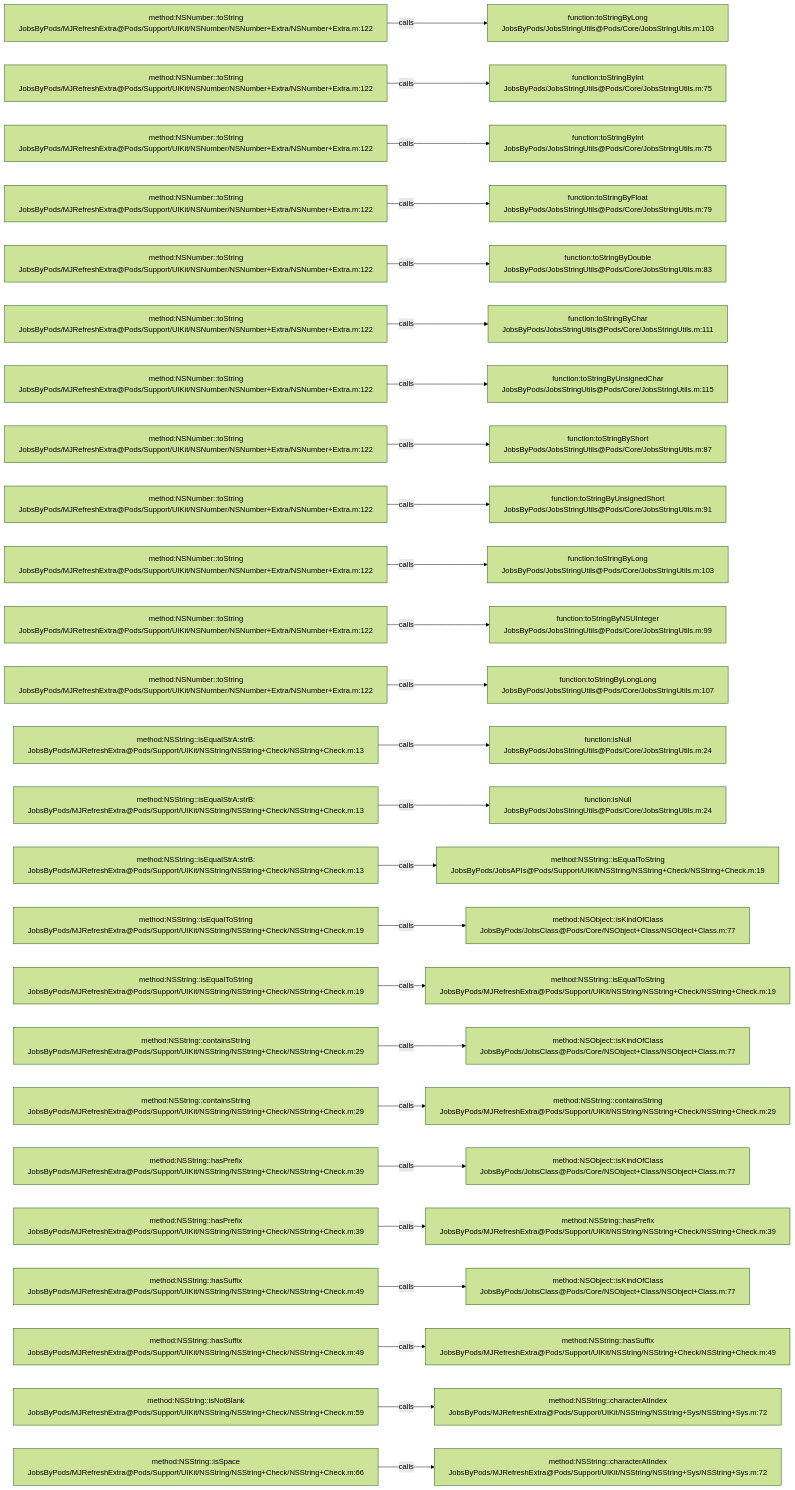
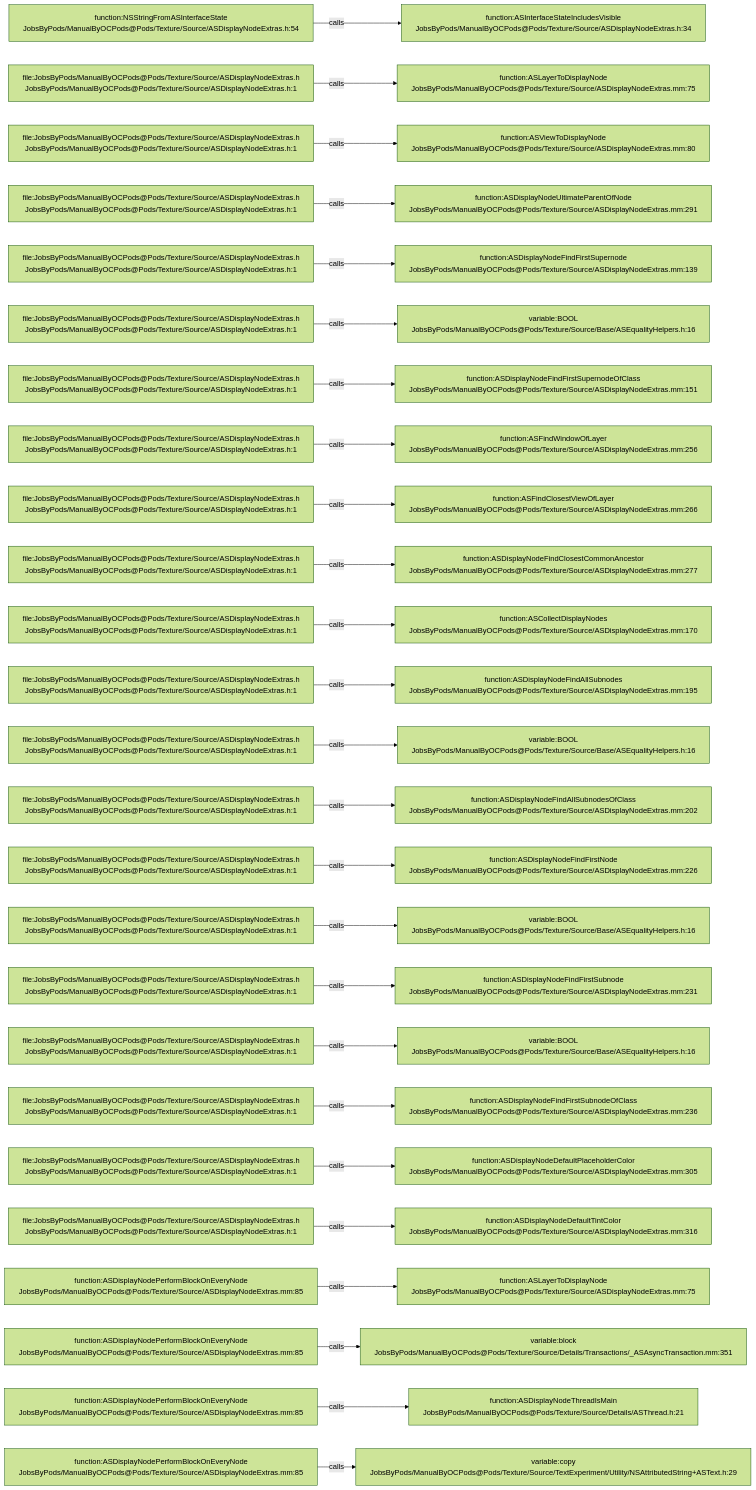
The diagram in .codegraph/codegraph.md/graphs/calls-113.md (JobsKits/JobsOCBaseConfigDemo), drawn with Mermaid (forest theme) before and after one commit. The commit also changed 2162 other files, not shown here.

````diff
--- a/.codegraph/codegraph.md/graphs/calls-113.md
+++ b/.codegraph/codegraph.md/graphs/calls-113.md
@@ -13,78 +13,78 @@
 ```mermaid
 flowchart LR
-  S1["method:NSNumber::toString<br/>JobsByPods/MJRefreshExtra@Pods/Support/UIKit/NSNumber/NSNumber+Extra/NSNumber+Extra.m:122"]
-  T1["function:toStringByLong<br/>JobsByPods/JobsStringUtils@Pods/Core/JobsStringUtils.m:103"]
+  S1["function:NSStringFromASInterfaceState<br/>JobsByPods/ManualByOCPods@Pods/Texture/Source/ASDisplayNodeExtras.h:54"]
+  T1["function:ASInterfaceStateIncludesVisible<br/>JobsByPods/ManualByOCPods@Pods/Texture/Source/ASDisplayNodeExtras.h:34"]
   S1 -->|calls| T1
-  S2["method:NSNumber::toString<br/>JobsByPods/MJRefreshExtra@Pods/Support/UIKit/NSNumber/NSNumber+Extra/NSNumber+Extra.m:122"]
-  T2["function:toStringByInt<br/>JobsByPods/JobsStringUtils@Pods/Core/JobsStringUtils.m:75"]
+  S2["file:JobsByPods/ManualByOCPods@Pods/Texture/Source/ASDisplayNodeExtras.h<br/>JobsByPods/ManualByOCPods@Pods/Texture/Source/ASDisplayNodeExtras.h:1"]
+  T2["function:ASLayerToDisplayNode<br/>JobsByPods/ManualByOCPods@Pods/Texture/Source/ASDisplayNodeExtras.mm:75"]
   S2 -->|calls| T2
-  S3["method:NSNumber::toString<br/>JobsByPods/MJRefreshExtra@Pods/Support/UIKit/NSNumber/NSNumber+Extra/NSNumber+Extra.m:122"]
-  T3["function:toStringByInt<br/>JobsByPods/JobsStringUtils@Pods/Core/JobsStringUtils.m:75"]
+  S3["file:JobsByPods/ManualByOCPods@Pods/Texture/Source/ASDisplayNodeExtras.h<br/>JobsByPods/ManualByOCPods@Pods/Texture/Source/ASDisplayNodeExtras.h:1"]
+  T3["function:ASViewToDisplayNode<br/>JobsByPods/ManualByOCPods@Pods/Texture/Source/ASDisplayNodeExtras.mm:80"]
   S3 -->|calls| T3
-  S4["method:NSNumber::toString<br/>JobsByPods/MJRefreshExtra@Pods/Support/UIKit/NSNumber/NSNumber+Extra/NSNumber+Extra.m:122"]
-  T4["function:toStringByFloat<br/>JobsByPods/JobsStringUtils@Pods/Core/JobsStringUtils.m:79"]
+  S4["file:JobsByPods/ManualByOCPods@Pods/Texture/Source/ASDisplayNodeExtras.h<br/>JobsByPods/ManualByOCPods@Pods/Texture/Source/ASDisplayNodeExtras.h:1"]
+  T4["function:ASDisplayNodeUltimateParentOfNode<br/>JobsByPods/ManualByOCPods@Pods/Texture/Source/ASDisplayNodeExtras.mm:291"]
   S4 -->|calls| T4
-  S5["method:NSNumber::toString<br/>JobsByPods/MJRefreshExtra@Pods/Support/UIKit/NSNumber/NSNumber+Extra/NSNumber+Extra.m:122"]
-  T5["function:toStringByDouble<br/>JobsByPods/JobsStringUtils@Pods/Core/JobsStringUtils.m:83"]
+  S5["file:JobsByPods/ManualByOCPods@Pods/Texture/Source/ASDisplayNodeExtras.h<br/>JobsByPods/ManualByOCPods@Pods/Texture/Source/ASDisplayNodeExtras.h:1"]
+  T5["function:ASDisplayNodeFindFirstSupernode<br/>JobsByPods/ManualByOCPods@Pods/Texture/Source/ASDisplayNodeExtras.mm:139"]
   S5 -->|calls| T5
-  S6["method:NSNumber::toString<br/>JobsByPods/MJRefreshExtra@Pods/Support/UIKit/NSNumber/NSNumber+Extra/NSNumber+Extra.m:122"]
-  T6["function:toStringByChar<br/>JobsByPods/JobsStringUtils@Pods/Core/JobsStringUtils.m:111"]
+  S6["file:JobsByPods/ManualByOCPods@Pods/Texture/Source/ASDisplayNodeExtras.h<br/>JobsByPods/ManualByOCPods@Pods/Texture/Source/ASDisplayNodeExtras.h:1"]
+  T6["variable:BOOL<br/>JobsByPods/ManualByOCPods@Pods/Texture/Source/Base/ASEqualityHelpers.h:16"]
   S6 -->|calls| T6
-  S7["method:NSNumber::toString<br/>JobsByPods/MJRefreshExtra@Pods/Support/UIKit/NSNumber/NSNumber+Extra/NSNumber+Extra.m:122"]
-  T7["function:toStringByUnsignedChar<br/>JobsByPods/JobsStringUtils@Pods/Core/JobsStringUtils.m:115"]
+  S7["file:JobsByPods/ManualByOCPods@Pods/Texture/Source/ASDisplayNodeExtras.h<br/>JobsByPods/ManualByOCPods@Pods/Texture/Source/ASDisplayNodeExtras.h:1"]
+  T7["function:ASDisplayNodeFindFirstSupernodeOfClass<br/>JobsByPods/ManualByOCPods@Pods/Texture/Source/ASDisplayNodeExtras.mm:151"]
   S7 -->|calls| T7
-  S8["method:NSNumber::toString<br/>JobsByPods/MJRefreshExtra@Pods/Support/UIKit/NSNumber/NSNumber+Extra/NSNumber+Extra.m:122"]
-  T8["function:toStringByShort<br/>JobsByPods/JobsStringUtils@Pods/Core/JobsStringUtils.m:87"]
+  S8["file:JobsByPods/ManualByOCPods@Pods/Texture/Source/ASDisplayNodeExtras.h<br/>JobsByPods/ManualByOCPods@Pods/Texture/Source/ASDisplayNodeExtras.h:1"]
+  T8["function:ASFindWindowOfLayer<br/>JobsByPods/ManualByOCPods@Pods/Texture/Source/ASDisplayNodeExtras.mm:256"]
   S8 -->|calls| T8
-  S9["method:NSNumber::toString<br/>JobsByPods/MJRefreshExtra@Pods/Support/UIKit/NSNumber/NSNumber+Extra/NSNumber+Extra.m:122"]
-  T9["function:toStringByUnsignedShort<br/>JobsByPods/JobsStringUtils@Pods/Core/JobsStringUtils.m:91"]
+  S9["file:JobsByPods/ManualByOCPods@Pods/Texture/Source/ASDisplayNodeExtras.h<br/>JobsByPods/ManualByOCPods@Pods/Texture/Source/ASDisplayNodeExtras.h:1"]
+  T9["function:ASFindClosestViewOfLayer<br/>JobsByPods/ManualByOCPods@Pods/Texture/Source/ASDisplayNodeExtras.mm:266"]
   S9 -->|calls| T9
-  S10["method:NSNumber::toString<br/>JobsByPods/MJRefreshExtra@Pods/Support/UIKit/NSNumber/NSNumber+Extra/NSNumber+Extra.m:122"]
-  T10["function:toStringByLong<br/>JobsByPods/JobsStringUtils@Pods/Core/JobsStringUtils.m:103"]
+  S10["file:JobsByPods/ManualByOCPods@Pods/Texture/Source/ASDisplayNodeExtras.h<br/>JobsByPods/ManualByOCPods@Pods/Texture/Source/ASDisplayNodeExtras.h:1"]
+  T10["function:ASDisplayNodeFindClosestCommonAncestor<br/>JobsByPods/ManualByOCPods@Pods/Texture/Source/ASDisplayNodeExtras.mm:277"]
   S10 -->|calls| T10
-  S11["method:NSNumber::toString<br/>JobsByPods/MJRefreshExtra@Pods/Support/UIKit/NSNumber/NSNumber+Extra/NSNumber+Extra.m:122"]
-  T11["function:toStringByNSUInteger<br/>JobsByPods/JobsStringUtils@Pods/Core/JobsStringUtils.m:99"]
+  S11["file:JobsByPods/ManualByOCPods@Pods/Texture/Source/ASDisplayNodeExtras.h<br/>JobsByPods/ManualByOCPods@Pods/Texture/Source/ASDisplayNodeExtras.h:1"]
+  T11["function:ASCollectDisplayNodes<br/>JobsByPods/ManualByOCPods@Pods/Texture/Source/ASDisplayNodeExtras.mm:170"]
   S11 -->|calls| T11
-  S12["method:NSNumber::toString<br/>JobsByPods/MJRefreshExtra@Pods/Support/UIKit/NSNumber/NSNumber+Extra/NSNumber+Extra.m:122"]
-  T12["function:toStringByLongLong<br/>JobsByPods/JobsStringUtils@Pods/Core/JobsStringUtils.m:107"]
+  S12["file:JobsByPods/ManualByOCPods@Pods/Texture/Source/ASDisplayNodeExtras.h<br/>JobsByPods/ManualByOCPods@Pods/Texture/Source/ASDisplayNodeExtras.h:1"]
+  T12["function:ASDisplayNodeFindAllSubnodes<br/>JobsByPods/ManualByOCPods@Pods/Texture/Source/ASDisplayNodeExtras.mm:195"]
   S12 -->|calls| T12
-  S13["method:NSString::isEqualStrA:strB:<br/>JobsByPods/MJRefreshExtra@Pods/Support/UIKit/NSString/NSString+Check/NSString+Check.m:13"]
-  T13["function:isNull<br/>JobsByPods/JobsStringUtils@Pods/Core/JobsStringUtils.m:24"]
+  S13["file:JobsByPods/ManualByOCPods@Pods/Texture/Source/ASDisplayNodeExtras.h<br/>JobsByPods/ManualByOCPods@Pods/Texture/Source/ASDisplayNodeExtras.h:1"]
+  T13["variable:BOOL<br/>JobsByPods/ManualByOCPods@Pods/Texture/Source/Base/ASEqualityHelpers.h:16"]
   S13 -->|calls| T13
-  S14["method:NSString::isEqualStrA:strB:<br/>JobsByPods/MJRefreshExtra@Pods/Support/UIKit/NSString/NSString+Check/NSString+Check.m:13"]
-  T14["function:isNull<br/>JobsByPods/JobsStringUtils@Pods/Core/JobsStringUtils.m:24"]
+  S14["file:JobsByPods/ManualByOCPods@Pods/Texture/Source/ASDisplayNodeExtras.h<br/>JobsByPods/ManualByOCPods@Pods/Texture/Source/ASDisplayNodeExtras.h:1"]
+  T14["function:ASDisplayNodeFindAllSubnodesOfClass<br/>JobsByPods/ManualByOCPods@Pods/Texture/Source/ASDisplayNodeExtras.mm:202"]
   S14 -->|calls| T14
-  S15["method:NSString::isEqualStrA:strB:<br/>JobsByPods/MJRefreshExtra@Pods/Support/UIKit/NSString/NSString+Check/NSString+Check.m:13"]
-  T15["method:NSString::isEqualToString<br/>JobsByPods/JobsAPIs@Pods/Support/UIKit/NSString/NSString+Check/NSString+Check.m:19"]
+  S15["file:JobsByPods/ManualByOCPods@Pods/Texture/Source/ASDisplayNodeExtras.h<br/>JobsByPods/ManualByOCPods@Pods/Texture/Source/ASDisplayNodeExtras.h:1"]
+  T15["function:ASDisplayNodeFindFirstNode<br/>JobsByPods/ManualByOCPods@Pods/Texture/Source/ASDisplayNodeExtras.mm:226"]
   S15 -->|calls| T15
-  S16["method:NSString::isEqualToString<br/>JobsByPods/MJRefreshExtra@Pods/Support/UIKit/NSString/NSString+Check/NSString+Check.m:19"]
-  T16["method:NSObject::isKindOfClass<br/>JobsByPods/JobsClass@Pods/Core/NSObject+Class/NSObject+Class.m:77"]
+  S16["file:JobsByPods/ManualByOCPods@Pods/Texture/Source/ASDisplayNodeExtras.h<br/>JobsByPods/ManualByOCPods@Pods/Texture/Source/ASDisplayNodeExtras.h:1"]
+  T16["variable:BOOL<br/>JobsByPods/ManualByOCPods@Pods/Texture/Source/Base/ASEqualityHelpers.h:16"]
   S16 -->|calls| T16
-  S17["method:NSString::isEqualToString<br/>JobsByPods/MJRefreshExtra@Pods/Support/UIKit/NSString/NSString+Check/NSString+Check.m:19"]
-  T17["method:NSString::isEqualToString<br/>JobsByPods/MJRefreshExtra@Pods/Support/UIKit/NSString/NSString+Check/NSString+Check.m:19"]
+  S17["file:JobsByPods/ManualByOCPods@Pods/Texture/Source/ASDisplayNodeExtras.h<br/>JobsByPods/ManualByOCPods@Pods/Texture/Source/ASDisplayNodeExtras.h:1"]
+  T17["function:ASDisplayNodeFindFirstSubnode<br/>JobsByPods/ManualByOCPods@Pods/Texture/Source/ASDisplayNodeExtras.mm:231"]
   S17 -->|calls| T17
-  S18["method:NSString::containsString<br/>JobsByPods/MJRefreshExtra@Pods/Support/UIKit/NSString/NSString+Check/NSString+Check.m:29"]
-  T18["method:NSObject::isKindOfClass<br/>JobsByPods/JobsClass@Pods/Core/NSObject+Class/NSObject+Class.m:77"]
+  S18["file:JobsByPods/ManualByOCPods@Pods/Texture/Source/ASDisplayNodeExtras.h<br/>JobsByPods/ManualByOCPods@Pods/Texture/Source/ASDisplayNodeExtras.h:1"]
+  T18["variable:BOOL<br/>JobsByPods/ManualByOCPods@Pods/Texture/Source/Base/ASEqualityHelpers.h:16"]
   S18 -->|calls| T18
-  S19["method:NSString::containsString<br/>JobsByPods/MJRefreshExtra@Pods/Support/UIKit/NSString/NSString+Check/NSString+Check.m:29"]
-  T19["method:NSString::containsString<br/>JobsByPods/MJRefreshExtra@Pods/Support/UIKit/NSString/NSString+Check/NSString+Check.m:29"]
+  S19["file:JobsByPods/ManualByOCPods@Pods/Texture/Source/ASDisplayNodeExtras.h<br/>JobsByPods/ManualByOCPods@Pods/Texture/Source/ASDisplayNodeExtras.h:1"]
+  T19["function:ASDisplayNodeFindFirstSubnodeOfClass<br/>JobsByPods/ManualByOCPods@Pods/Texture/Source/ASDisplayNodeExtras.mm:236"]
   S19 -->|calls| T19
-  S20["method:NSString::hasPrefix<br/>JobsByPods/MJRefreshExtra@Pods/Support/UIKit/NSString/NSString+Check/NSString+Check.m:39"]
-  T20["method:NSObject::isKindOfClass<br/>JobsByPods/JobsClass@Pods/Core/NSObject+Class/NSObject+Class.m:77"]
+  S20["file:JobsByPods/ManualByOCPods@Pods/Texture/Source/ASDisplayNodeExtras.h<br/>JobsByPods/ManualByOCPods@Pods/Texture/Source/ASDisplayNodeExtras.h:1"]
+  T20["function:ASDisplayNodeDefaultPlaceholderColor<br/>JobsByPods/ManualByOCPods@Pods/Texture/Source/ASDisplayNodeExtras.mm:305"]
   S20 -->|calls| T20
-  S21["method:NSString::hasPrefix<br/>JobsByPods/MJRefreshExtra@Pods/Support/UIKit/NSString/NSString+Check/NSString+Check.m:39"]
-  T21["method:NSString::hasPrefix<br/>JobsByPods/MJRefreshExtra@Pods/Support/UIKit/NSString/NSString+Check/NSString+Check.m:39"]
+  S21["file:JobsByPods/ManualByOCPods@Pods/Texture/Source/ASDisplayNodeExtras.h<br/>JobsByPods/ManualByOCPods@Pods/Texture/Source/ASDisplayNodeExtras.h:1"]
+  T21["function:ASDisplayNodeDefaultTintColor<br/>JobsByPods/ManualByOCPods@Pods/Texture/Source/ASDisplayNodeExtras.mm:316"]
   S21 -->|calls| T21
-  S22["method:NSString::hasSuffix<br/>JobsByPods/MJRefreshExtra@Pods/Support/UIKit/NSString/NSString+Check/NSString+Check.m:49"]
-  T22["method:NSObject::isKindOfClass<br/>JobsByPods/JobsClass@Pods/Core/NSObject+Class/NSObject+Class.m:77"]
+  S22["function:ASDisplayNodePerformBlockOnEveryNode<br/>JobsByPods/ManualByOCPods@Pods/Texture/Source/ASDisplayNodeExtras.mm:85"]
+  T22["function:ASLayerToDisplayNode<br/>JobsByPods/ManualByOCPods@Pods/Texture/Source/ASDisplayNodeExtras.mm:75"]
   S22 -->|calls| T22
-  S23["method:NSString::hasSuffix<br/>JobsByPods/MJRefreshExtra@Pods/Support/UIKit/NSString/NSString+Check/NSString+Check.m:49"]
-  T23["method:NSString::hasSuffix<br/>JobsByPods/MJRefreshExtra@Pods/Support/UIKit/NSString/NSString+Check/NSString+Check.m:49"]
+  S23["function:ASDisplayNodePerformBlockOnEveryNode<br/>JobsByPods/ManualByOCPods@Pods/Texture/Source/ASDisplayNodeExtras.mm:85"]
+  T23["variable:block<br/>JobsByPods/ManualByOCPods@Pods/Texture/Source/Details/Transactions/_ASAsyncTransaction.mm:351"]
   S23 -->|calls| T23
-  S24["method:NSString::isNotBlank<br/>JobsByPods/MJRefreshExtra@Pods/Support/UIKit/NSString/NSString+Check/NSString+Check.m:59"]
-  T24["method:NSString::characterAtIndex<br/>JobsByPods/MJRefreshExtra@Pods/Support/UIKit/NSString/NSString+Sys/NSString+Sys.m:72"]
+  S24["function:ASDisplayNodePerformBlockOnEveryNode<br/>JobsByPods/ManualByOCPods@Pods/Texture/Source/ASDisplayNodeExtras.mm:85"]
+  T24["function:ASDisplayNodeThreadIsMain<br/>JobsByPods/ManualByOCPods@Pods/Texture/Source/Details/ASThread.h:21"]
   S24 -->|calls| T24
-  S25["method:NSString::isSpace<br/>JobsByPods/MJRefreshExtra@Pods/Support/UIKit/NSString/NSString+Check/NSString+Check.m:66"]
-  T25["method:NSString::characterAtIndex<br/>JobsByPods/MJRefreshExtra@Pods/Support/UIKit/NSString/NSString+Sys/NSString+Sys.m:72"]
+  S25["function:ASDisplayNodePerformBlockOnEveryNode<br/>JobsByPods/ManualByOCPods@Pods/Texture/Source/ASDisplayNodeExtras.mm:85"]
+  T25["variable:copy<br/>JobsByPods/ManualByOCPods@Pods/Texture/Source/TextExperiment/Utility/NSAttributedString+ASText.h:29"]
   S25 -->|calls| T25
 ```
````
